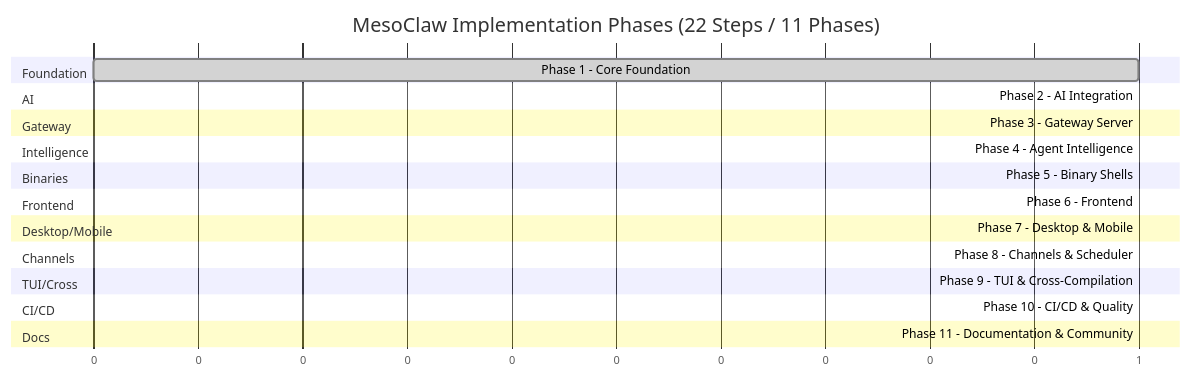
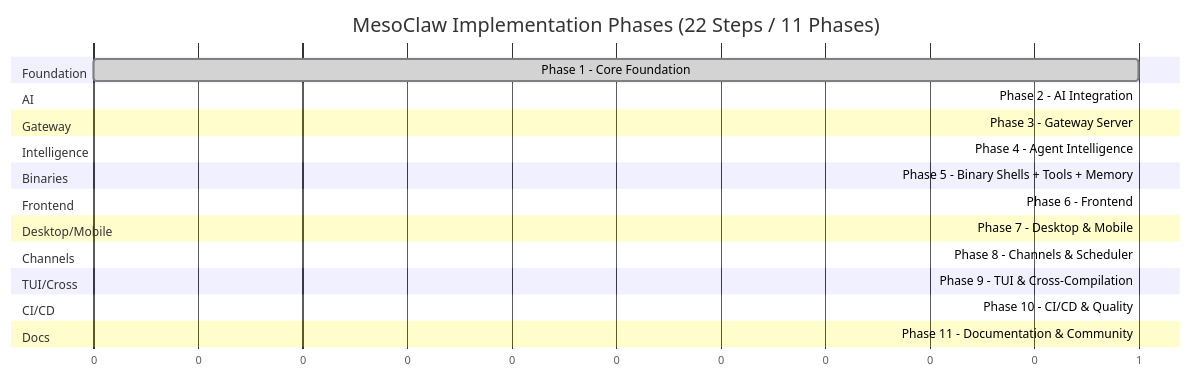
Before and after one commit to sprklai/mesoclaw: the second of 2 diagrams in docs/phases.md, drawn with Mermaid. The commit also changed other lines of this file and 26 other files, not shown here.

First line of the commit message:
Phase 5 (complete): ToolRegistry, memory pagination/validation, CLI binary with 6 commands

````diff
--- a/docs/phases.md
+++ b/docs/phases.md
@@ -75,29 +75,29 @@
 ```mermaid
 gantt
     title MesoClaw Implementation Phases (22 Steps / 11 Phases)
     dateFormat X
     axisFormat %s
 
     section Foundation
     Phase 1 - Core Foundation           :done, p1, 0, 1
     section AI
     Phase 2 - AI Integration            :done, p2, after p1, 1
     section Gateway
     Phase 3 - Gateway Server            :done, p3, after p2, 1
     section Intelligence
     Phase 4 - Agent Intelligence         :done, p4, after p3, 1
     section Binaries
-    Phase 5 - Binary Shells             :p5, after p4, 1
+    Phase 5 - Binary Shells + Tools + Memory :done, p5, after p4, 1
     section Frontend
     Phase 6 - Frontend                  :p6, after p5, 1
     section Desktop/Mobile
     Phase 7 - Desktop & Mobile          :p7, after p6, 1
     section Channels
     Phase 8 - Channels & Scheduler      :p8, after p7, 1
     section TUI/Cross
     Phase 9 - TUI & Cross-Compilation   :p9, after p8, 1
     section CI/CD
     Phase 10 - CI/CD & Quality          :p10, after p9, 1
     section Docs
     Phase 11 - Documentation & Community :p11, after p10, 1
 ```
````
